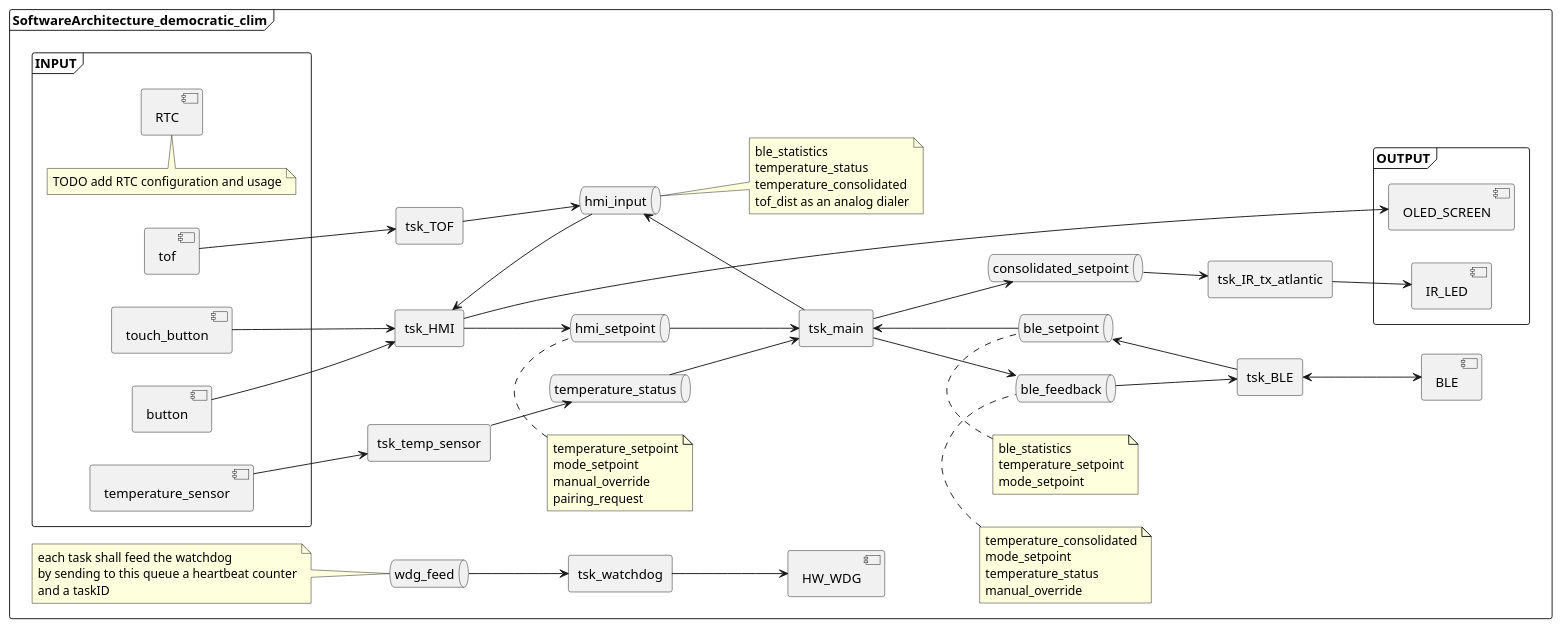
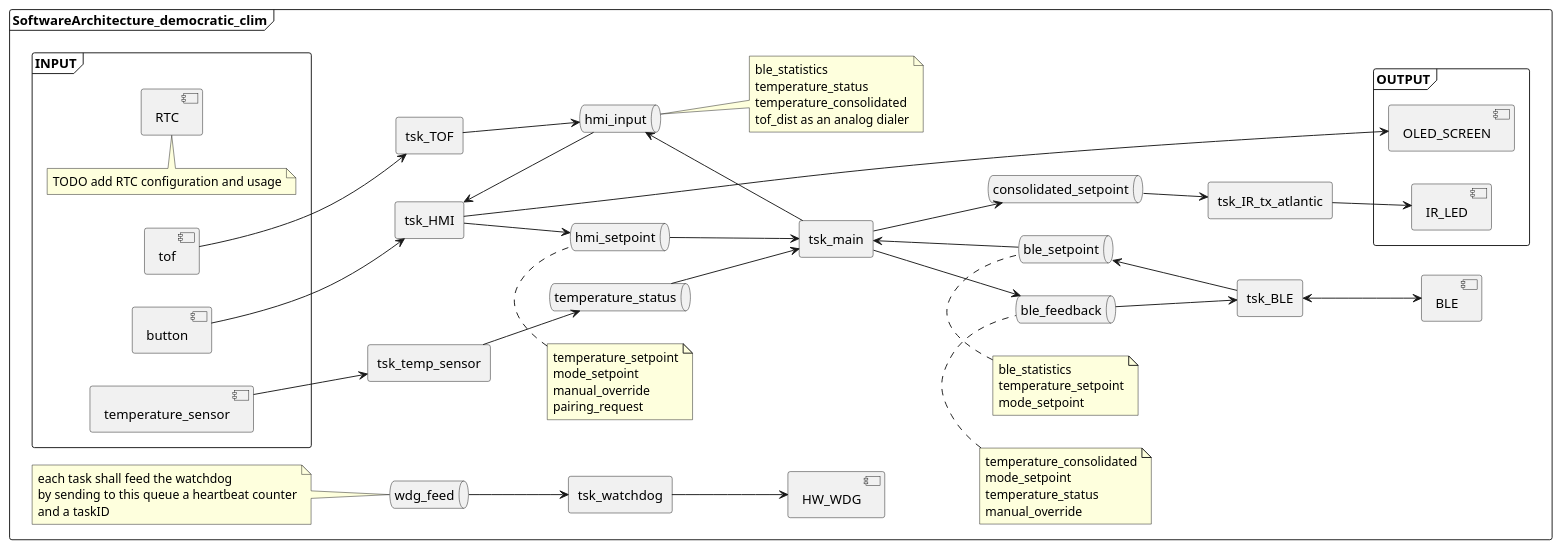
Before and after one commit to tdont/Elektor_Demo_Clim: the diagram in Documentation/Technical_Documentation/Architecture/Global_architecture.puml, drawn with PlantUML. The commit also changed 7 other files, not shown here.

Commit message:
[Doc]: Complete architecture document

```diff
--- a/Documentation/Technical_Documentation/Architecture/Global_architecture.puml
+++ b/Documentation/Technical_Documentation/Architecture/Global_architecture.puml
@@ -1,111 +1,111 @@
 @startuml
 left to right direction
 
 
 frame SoftwareArchitecture_democratic_clim{
 
 'Declare elements
     frame INPUT{
         component button
-        component touch_button
+        'component touch_button
         component tof
-        component temperature_sensor        
+        component temperature_sensor
         component RTC
         note top{
             TODO add RTC configuration and usage
         }
     }
     frame OUTPUT{
         
         component IR_LED
         component OLED_SCREEN
     }
     rectangle tsk_main
     rectangle tsk_TOF
     rectangle tsk_HMI
     rectangle tsk_IR_tx_atlantic
     rectangle tsk_BLE
     rectangle tsk_temp_sensor
     rectangle tsk_watchdog
 
     component BLE
     component HW_WDG
 
     queue hmi_setpoint
     queue hmi_input
     queue ble_setpoint
     queue consolidated_setpoint
     queue ble_feedback
     queue wdg_feed
     queue temperature_status
 
     note top of hmi_setpoint{
         temperature_setpoint
         mode_setpoint
         manual_override
         pairing_request
     }
 
     note right of hmi_input{
         ble_statistics
         temperature_status
         temperature_consolidated
         tof_dist as an analog dialer
     }
 
     note top of ble_feedback{
         temperature_consolidated
         mode_setpoint
         temperature_status
         manual_override
     }
 
     note left of wdg_feed{
         each task shall feed the watchdog
         by sending to this queue a heartbeat counter
         and a taskID
     }
 
     note top of ble_setpoint{
         ble_statistics
         temperature_setpoint
         mode_setpoint
     }
 
 
 'Relation between component
 
 button --> tsk_HMI
-touch_button --> tsk_HMI
+'touch_button --> tsk_HMI
 tsk_HMI --> OLED_SCREEN
 tsk_HMI --> hmi_setpoint
 
 tof --> tsk_TOF
 tsk_TOF --> hmi_input
 
 
 ble_setpoint <-- tsk_BLE 
 
 hmi_setpoint --> tsk_main
 tsk_main <-- ble_setpoint
 
 tsk_main --> ble_feedback
 tsk_main --> consolidated_setpoint
 
 ble_feedback --> tsk_BLE
 tsk_BLE <--> BLE
 
 consolidated_setpoint --> tsk_IR_tx_atlantic
 tsk_IR_tx_atlantic --> IR_LED
 
 temperature_sensor --> tsk_temp_sensor
 tsk_temp_sensor --> temperature_status
 temperature_status --> tsk_main
 
 hmi_input <-- tsk_main 
 tsk_HMI <-- hmi_input 
 
 wdg_feed --> tsk_watchdog
 tsk_watchdog --> HW_WDG
 }
 @enduml
```
